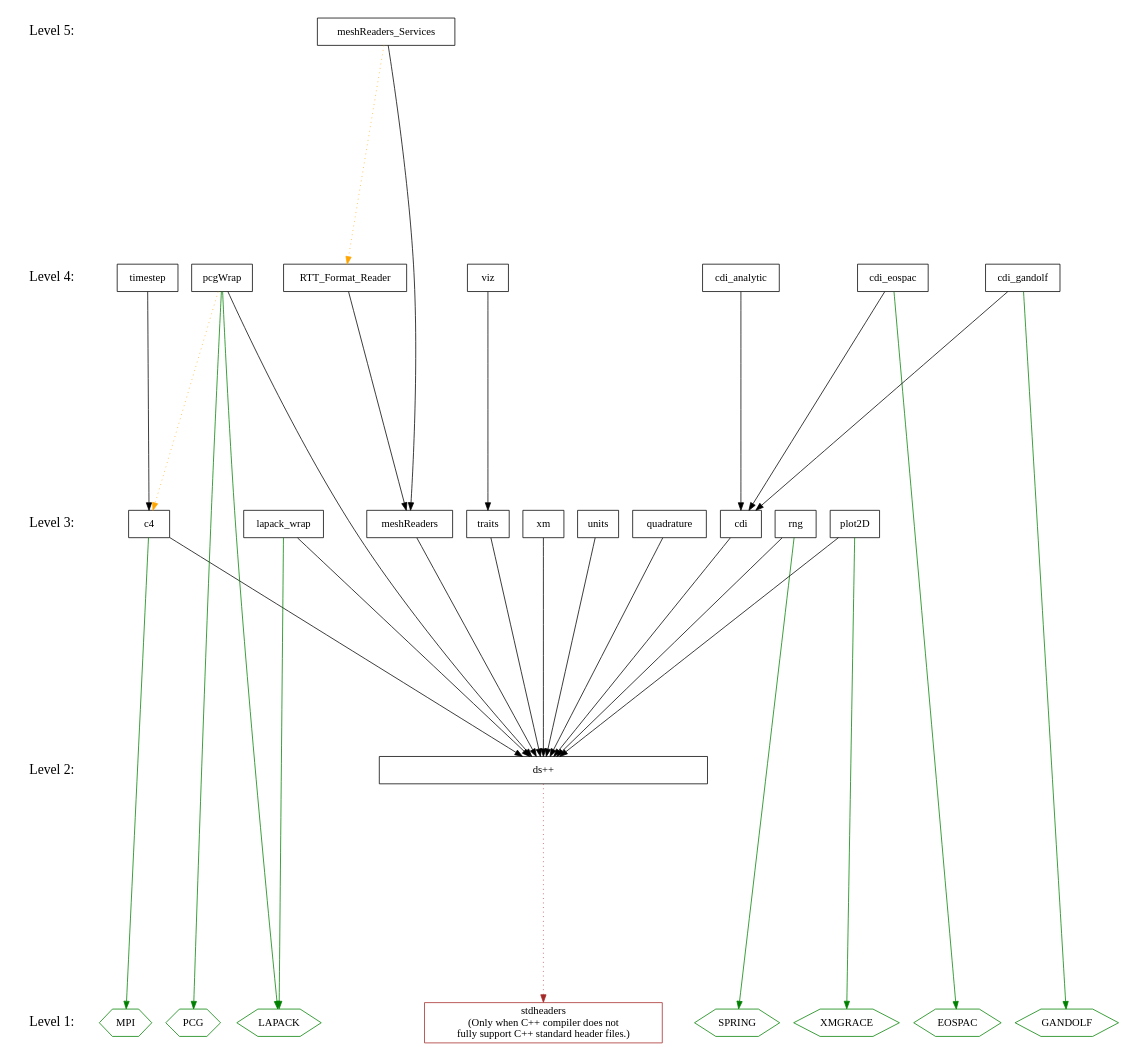
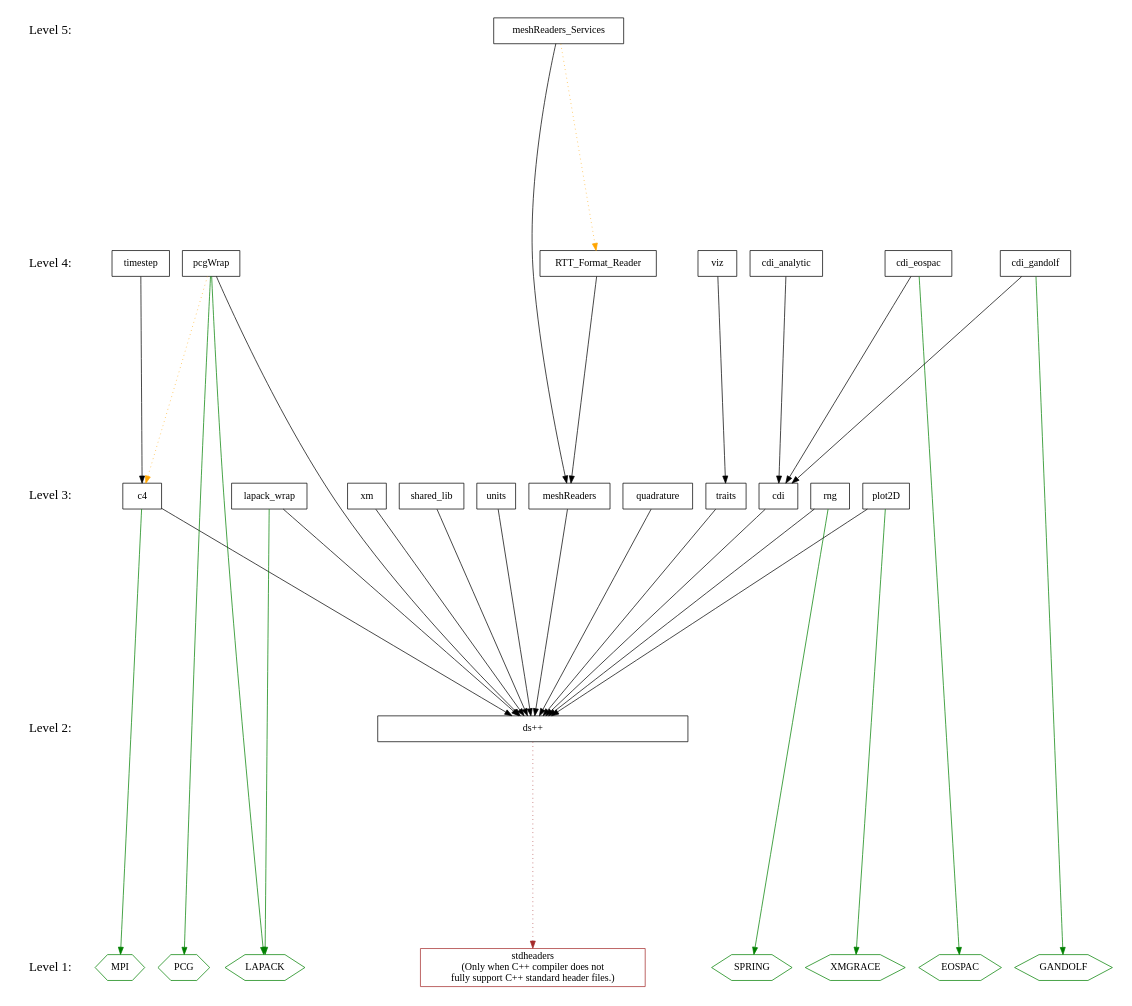
One commit to losalamos/Draco changed the diagram in doc/design/level.dot. Above: the diagram before and after it, drawn with Graphviz. The commit also changed 1 other file, not shown here.

Commit message:
Updated level.dot to include shared_lib.

```diff
--- a/doc/design/level.dot
+++ b/doc/design/level.dot
@@ -1,104 +1,106 @@
 digraph draco_level {
     /* graph attributes */
     center=1;
     size="7.5,10";
     ranksep=4;
     
     /* levels */
     level1 [shape=plaintext, label="Level 1:", fontsize=18];
     level2 [shape=plaintext, label="Level 2:", fontsize=18];
     level3 [shape=plaintext, label="Level 3:", fontsize=18];
     level4 [shape=plaintext, label="Level 4:", fontsize=18];
     level5 [shape=plaintext, label="Level 5:", fontsize=18];
     
     level5 -> level4 -> level3 -> level2 -> level1 [style=invis];
     
     /* packages */
 
     /* level 1 */
     stdheaders [shape=box,     color=brown, label="stdheaders\n(Only when C++ compiler does not\nfully support C++ standard header files.)"];
     vmpi       [shape=hexagon, color=green, label="MPI"];
     vlapack    [shape=hexagon, color=green, label="LAPACK"];
     vpcg       [shape=hexagon, color=green, label="PCG"];
     vgandolf   [shape=hexagon, color=green, label="GANDOLF"];
     veospac    [shape=hexagon, color=green, label="EOSPAC"];
     vgrace     [shape=hexagon, color=green, label="XMGRACE"];
     vspring    [shape=hexagon, color=green, label="SPRING"];
         
     /* level 2 */
     dsxx [shape=box, label="ds++", width=6];
     
     /* level 3 */
     traits [shape=box, label="traits"];
     xm [shape=box, label="xm"];
     c4 [shape=box, label="c4"];
     rng [shape=box, label="rng"];
     units [shape=box, label="units"];
     cdi [shape=box, label="cdi"];
     quad [shape=box, label="quadrature"];
     meshread [shape=box, label="meshReaders"];
     plot [shape=box, label="plot2D"];
     lapack [shape=box, label="lapack_wrap"];
+    shlib [shape=box, label="shared_lib"];
     
     /* level 4 */
     viz [shape=box, label="viz"];
     timestep [shape=box, label="timestep"];
     cdianal [shape=box, label="cdi_analytic"];
     cdieos [shape=box, label="cdi_eospac"];
     cdigan [shape=box, label="cdi_gandolf"];
     pcg [shape=box, label="pcgWrap"];
     rttread [shape=box, label="RTT_Format_Reader"];
     
     /* level 5 */
     meshservice [shape=box, label="meshReaders_Services"];
     
     /* dependencies */
     {rank=same; level1 stdheaders vlapack vpcg vmpi veospac  vgandolf vgrace vspring};
     {rank=same; level2 dsxx};
-    {rank=same; level3 plot lapack traits xm c4 rng units meshread cdi quad};
+    {rank=same; level3 shlib plot lapack traits xm c4 rng units meshread cdi quad};
     {rank=same; level4 rttread viz timestep cdianal cdieos cdigan pcg};
     {rank=same; level5 meshservice};
     
     /* draco packages */
 
     /* NOTE:  hidden dependencies are in comments at the end of each line.
      * For example if a package depends on c4 it implicitly depends on dsxx
      * as well.  The dependency on dsxx is not shown explicitly on the
      * graph. 
     
     /* level 2 */
     dsxx -> {stdheaders}   [color="brown" style=dotted];
     
     /* level 3 */
     xm          -> {dsxx};
     units       -> {dsxx};
     traits      -> {dsxx};
     c4          -> {dsxx};
     c4          -> {vmpi}    [color="green"];
     rng         -> {dsxx};
     rng         -> {vspring} [color="green"];
     cdi         -> {dsxx};
     meshread    -> {dsxx};
     quad        -> {dsxx};
     plot        -> {dsxx};
     plot        -> {vgrace}  [color="green"];
     lapack      -> {dsxx};
     lapack      -> {vlapack} [color="green"];
+    shlib       -> {dsxx};
     
     /* level 4 */
     viz         -> {traits};      /* traits: dsxx */
     timestep    -> {c4};          /* c4      : dsxx */
     pcg         -> {dsxx};
     pcg         -> {vlapack vpcg} [color="green"];
     pcg         -> {c4}           [color="orange" style=dotted];
     cdianal     -> {cdi};         /* cdi     : dsxx */
     cdieos      -> {cdi};         /* cdi     : dsxx */
     cdieos      -> {veospac}      [color="green"]; 
     cdigan      -> {cdi};         /* cdi     : dsxx */
     cdigan      -> {vgandolf}     [color="green"];
     rttread     -> {meshread};    /* meshread: dsxx */
 
     /* level 5 */
     meshservice -> {meshread};           /* meshread: dsxx */
     meshservice -> {rttread} [color="orange" style=dotted];
 }
```
